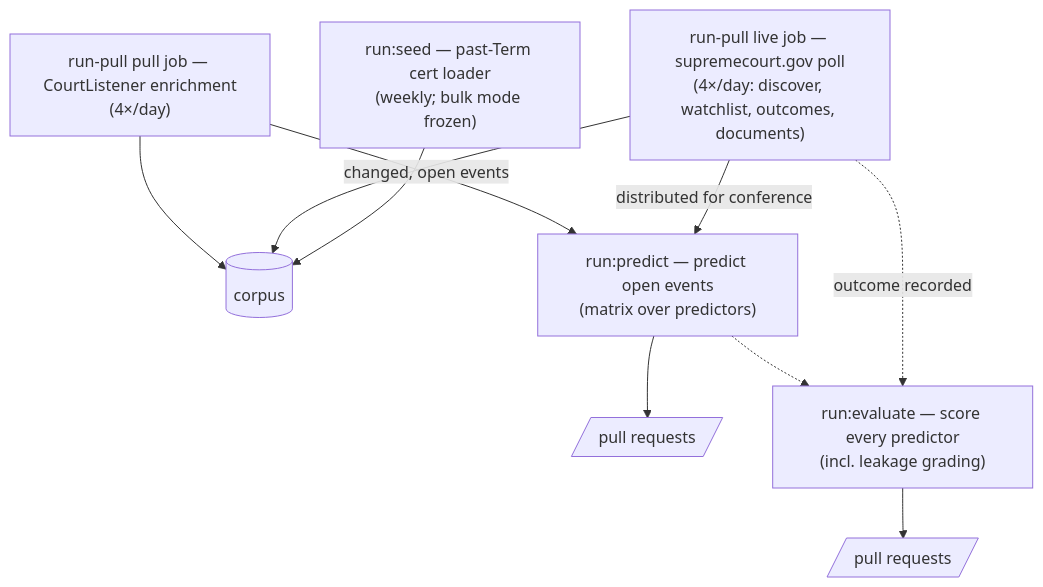
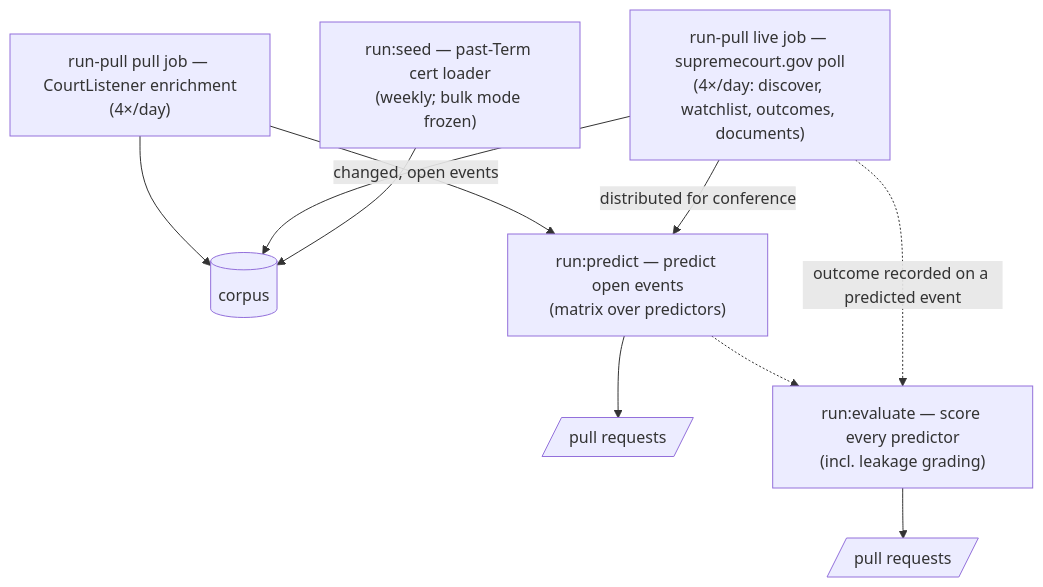
The diagram in README.md (ModelMirrorAI/fedcourtsai), drawn with Mermaid before and after one commit. The commit also changed other lines of this file and 13 other files, not shown here.

````diff
--- a/README.md
+++ b/README.md
@@ -50,12 +51,12 @@
 ```mermaid
 flowchart TD
     seed["run:seed — past-Term cert loader<br/>(weekly; bulk mode frozen)"] --> corpus[("corpus")]
     live["run-pull live job — supremecourt.gov poll<br/>(4×/day: discover, watchlist, outcomes, documents)"] --> corpus
     pull["run-pull pull job — CourtListener enrichment<br/>(4×/day)"] --> corpus
     live -->|"distributed for conference"| predict["run:predict — predict open events<br/>(matrix over predictors)"]
     pull -->|"changed, open events"| predict
     predict --> ppr[/"pull requests"/]
-    live -.->|"outcome recorded"| evaluate["run:evaluate — score every predictor<br/>(incl. leakage grading)"]
+    live -.->|"outcome recorded on a predicted event"| evaluate["run:evaluate — score every predictor<br/>(incl. leakage grading)"]
     predict -.-> evaluate
     evaluate --> epr[/"pull requests"/]
 ```
````
